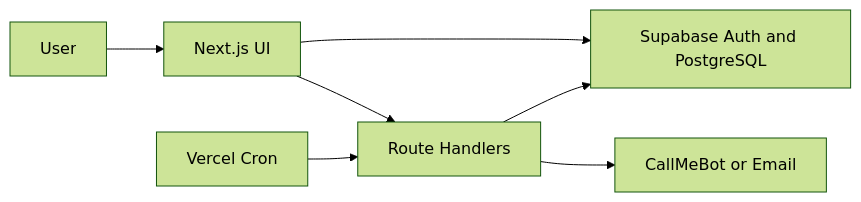
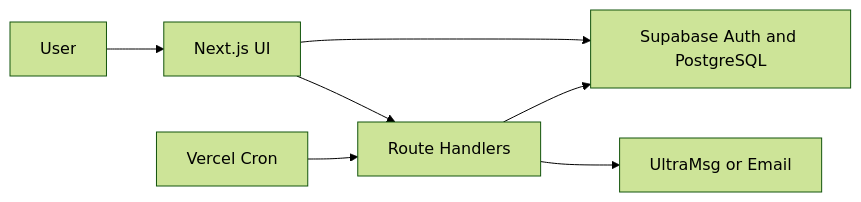
One commit to Jenara-lab/AutoAlert changed the diagram in docs/03-ARCHITECTURE.md. Above: the diagram before and after it, drawn with Mermaid (forest theme). The commit also changed 338 other files, not shown here.

````diff
--- a/docs/03-ARCHITECTURE.md
+++ b/docs/03-ARCHITECTURE.md
@@ -7,9 +7,9 @@
 ```mermaid
 flowchart LR
   U[User] --> N[Next.js UI]
   N --> A[Route Handlers]
   N --> S[Supabase Auth and PostgreSQL]
   A --> S
   C[Vercel Cron] --> A
-  A --> W[CallMeBot or Email]
+  A --> W[UltraMsg or Email]
 ```
````
